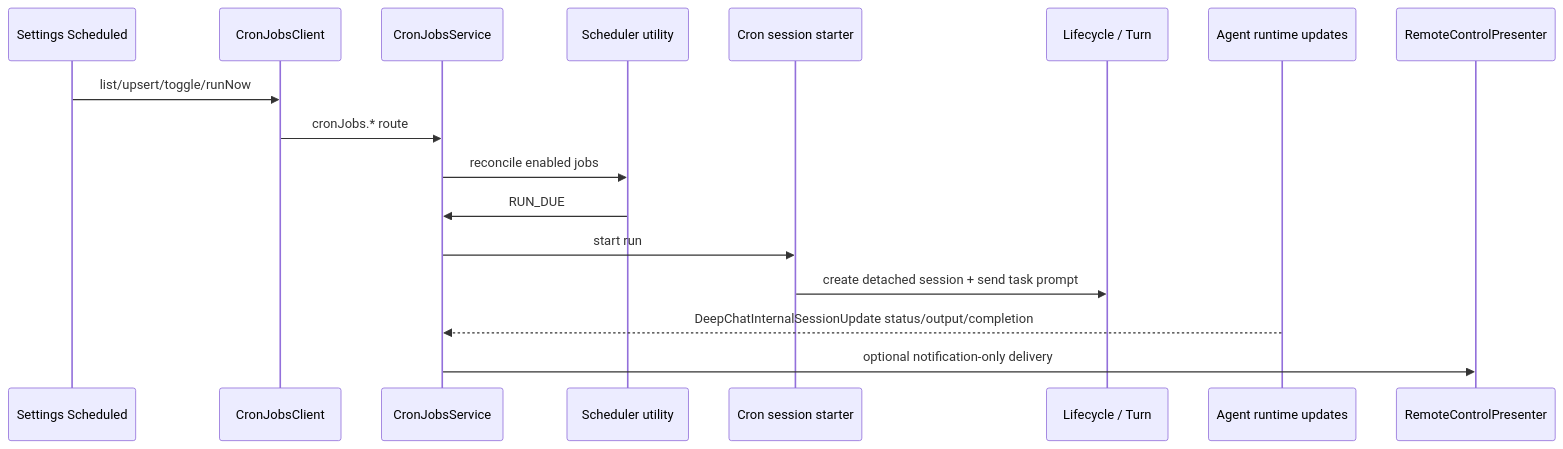
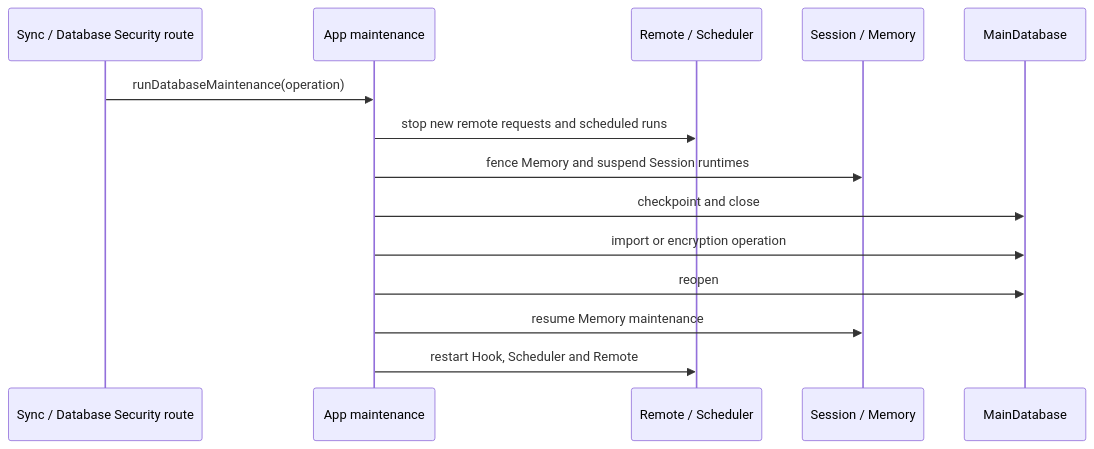
Before and after one commit to ThinkInAIXYZ/deepchat: the seventh of 7 diagrams in docs/FLOWS.md, drawn with Mermaid. The commit also changed other lines of this file and 14 other files, not shown here.

Commit message:
docs(architecture): describe final main structure

````diff
--- a/docs/FLOWS.md
+++ b/docs/FLOWS.md
@@ -232,20 +132,17 @@
 ```mermaid
 sequenceDiagram
-    participant UI as Settings Scheduled
-    participant Client as CronJobsClient
-    participant Service as CronJobsService
-    participant Utility as Scheduler utility
-    participant Starter as Cron session starter
-    participant App as Lifecycle / Turn
-    participant Runtime as Agent runtime updates
-    participant Remote as RemoteControlPresenter
+    participant Route as Sync / Database Security route
+    participant App as App maintenance
+    participant Entry as Remote / Scheduler
+    participant Runtime as Session / Memory
+    participant DB as MainDatabase
 
-    UI->>Client: list/upsert/toggle/runNow
-    Client->>Service: cronJobs.* route
-    Service->>Utility: reconcile enabled jobs
-    Utility->>Service: RUN_DUE
-    Service->>Starter: start run
-    Starter->>App: create detached session + send task prompt
-    Runtime-->>Service: DeepChatInternalSessionUpdate status/output/completion
-    Service->>Remote: optional notification-only delivery
+    Route->>App: runDatabaseMaintenance(operation)
+    App->>Entry: stop new remote requests and scheduled runs
+    App->>Runtime: fence Memory and suspend Session runtimes
+    App->>DB: checkpoint and close
+    App->>DB: import or encryption operation
+    App->>DB: reopen
+    App->>Runtime: resume Memory maintenance
+    App->>Entry: restart Hook, Scheduler and Remote
 ```
````
